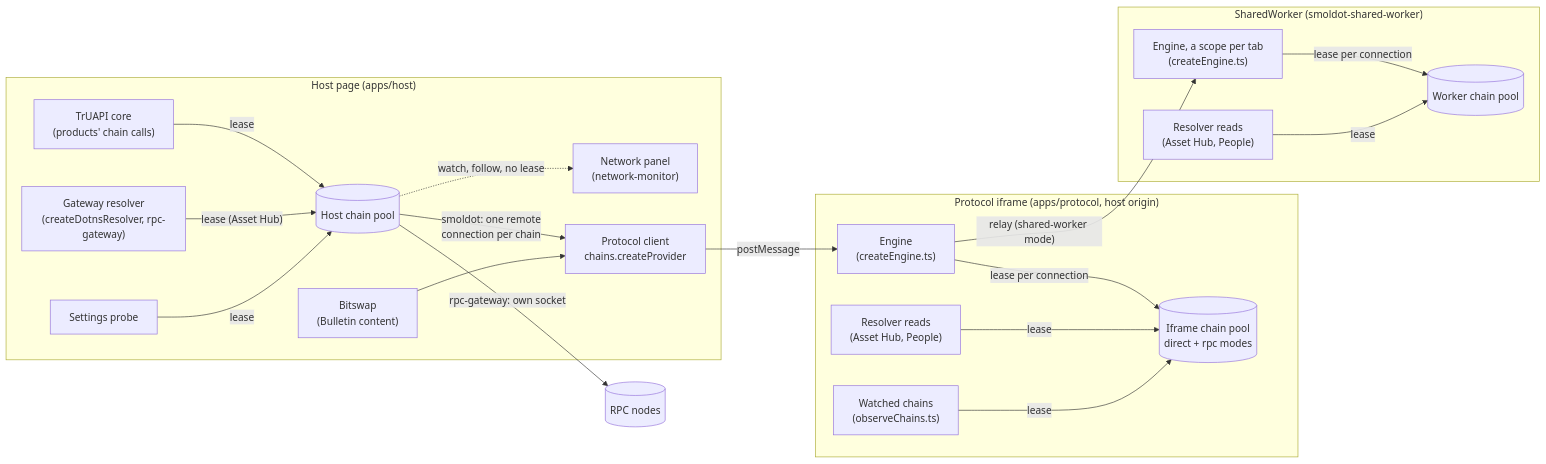
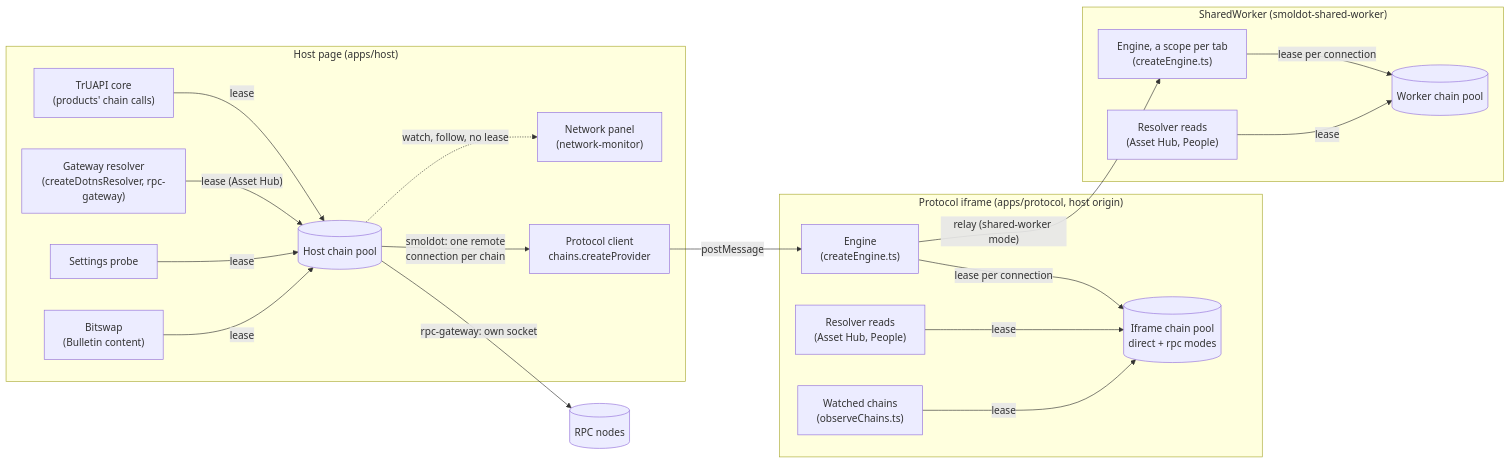
One commit to paritytech/dotli-community changed the first of 8 diagrams in docs/chain-connections.md. Above: the diagram before and after it, drawn with Mermaid. The commit also changed other lines of this file and 54 other files, not shown here.

````diff
--- a/docs/chain-connections.md
+++ b/docs/chain-connections.md
@@ -36,42 +35,42 @@
 ```mermaid
 flowchart LR
   subgraph Host["Host page (apps/host)"]
     Core["TrUAPI core<br/>(products' chain calls)"]
     RpcResolve["Gateway resolver<br/>(createDotnsResolver, rpc-gateway)"]
     Panel["Network panel<br/>(network-monitor)"]
     Probe["Settings probe"]
     Bitswap["Bitswap<br/>(Bulletin content)"]
     Client["Protocol client<br/>chains.createProvider"]
     HostPool[("Host chain pool")]
   end
 
   subgraph Iframe["Protocol iframe (apps/protocol, host origin)"]
     Engine["Engine<br/>(createEngine.ts)"]
     IframePool[("Iframe chain pool<br/>direct + rpc modes")]
     Resolver["Resolver reads<br/>(Asset Hub, People)"]
     Observe["Watched chains<br/>(observeChains.ts)"]
   end
 
   subgraph Worker["SharedWorker (smoldot-shared-worker)"]
     Sessions["Engine, a scope per tab<br/>(createEngine.ts)"]
     WorkerPool[("Worker chain pool")]
     WResolver["Resolver reads<br/>(Asset Hub, People)"]
   end
 
   Nodes[("RPC nodes")]
 
   Core -- lease --> HostPool
   RpcResolve -- "lease (Asset Hub)" --> HostPool
   HostPool -.->|"watch, follow, no lease"| Panel
   Probe -- lease --> HostPool
+  Bitswap -- lease --> HostPool
   HostPool -- "rpc-gateway: own socket" --> Nodes
   HostPool -- "smoldot: one remote<br/>connection per chain" --> Client
-  Bitswap --> Client
   Client -- postMessage --> Engine
   Engine -- "lease per connection" --> IframePool
   Resolver -- lease --> IframePool
   Observe -- lease --> IframePool
   Engine -- "relay (shared-worker mode)" --> Sessions
   Sessions -- "lease per connection" --> WorkerPool
   WResolver -- lease --> WorkerPool
 ```
````
